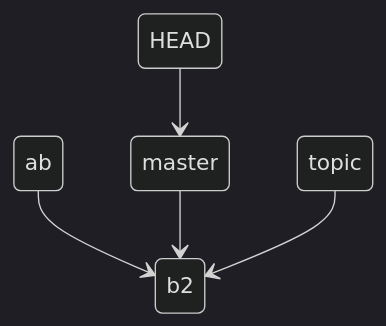
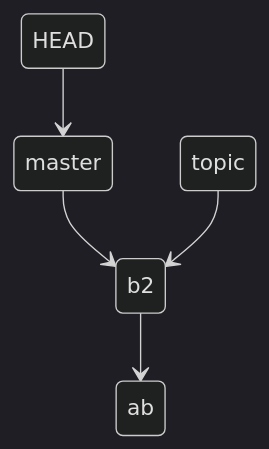
One commit to dhay3/archiVe changed the second of 11 diagrams in Docs/Ops/Git/cli/git merge.md. Above: the diagram before and after it, drawn with Mermaid (dark theme). The commit also changed other lines of this file and 9 other files, not shown here.

````diff
--- a/Docs/Ops/Git/cli/git merge.md
+++ b/Docs/Ops/Git/cli/git merge.md
@@ -207,7 +206,7 @@
 ```mermaid
 stateDiagram-v2
- ab --> b2
+ b2 --> ab
  HEAD --> master
  master --> b2
  topic --> b2
 ```
````
